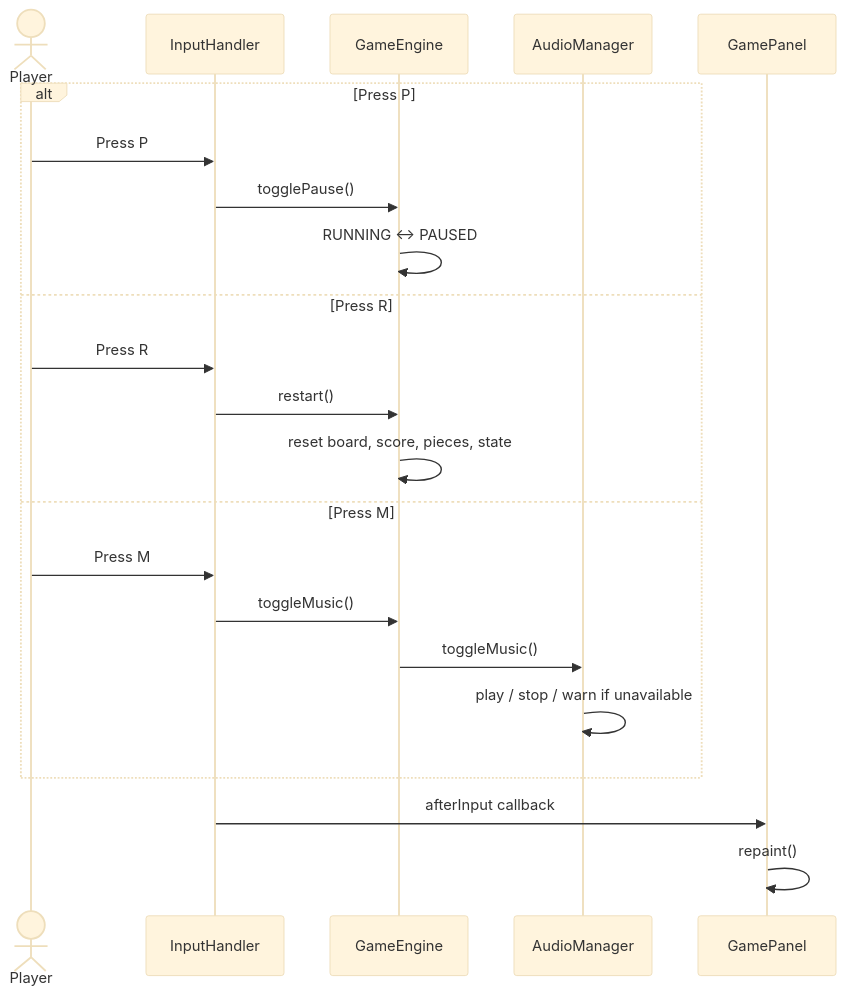
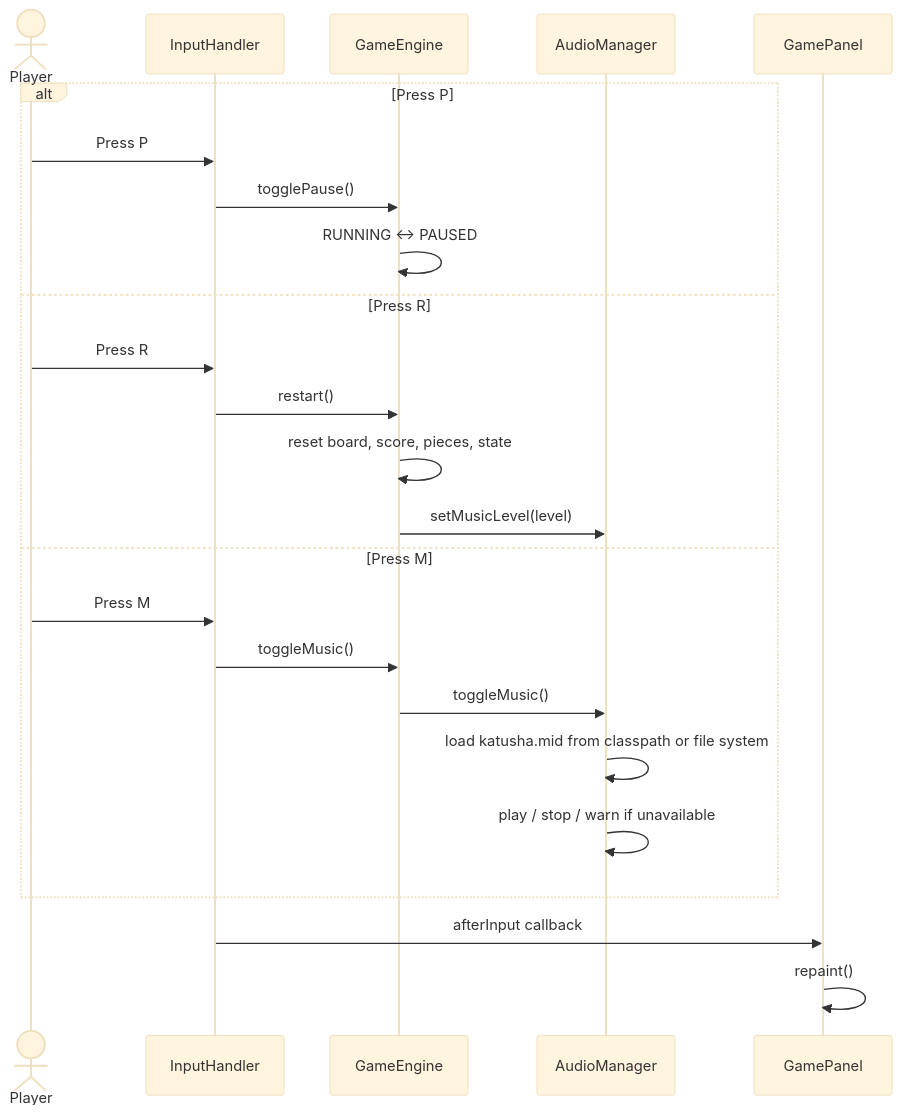
Before and after one commit to sheng-luen-chung/java-swing-tetris: the sixth of 7 diagrams in docs/uml-class-design.md, drawn with Mermaid (base theme). The commit also changed other lines of this file, not shown here.

Commit message:
更新 UML 設計文件

````diff
--- a/docs/uml-class-design.md
+++ b/docs/uml-class-design.md
@@ -282,26 +331,28 @@
 ```mermaid
 sequenceDiagram
     actor Player
     participant InputHandler
     participant GameEngine
     participant AudioManager
     participant GamePanel
 
     alt Press P
         Player->>InputHandler: Press P
         InputHandler->>GameEngine: togglePause()
         GameEngine->>GameEngine: RUNNING <-> PAUSED
     else Press R
         Player->>InputHandler: Press R
         InputHandler->>GameEngine: restart()
         GameEngine->>GameEngine: reset board, score, pieces, state
+        GameEngine->>AudioManager: setMusicLevel(level)
     else Press M
         Player->>InputHandler: Press M
         InputHandler->>GameEngine: toggleMusic()
         GameEngine->>AudioManager: toggleMusic()
+        AudioManager->>AudioManager: load katusha.mid from classpath or file system
         AudioManager->>AudioManager: play / stop / warn if unavailable
     end
 
     InputHandler->>GamePanel: afterInput callback
     GamePanel->>GamePanel: repaint()
 ```
````
